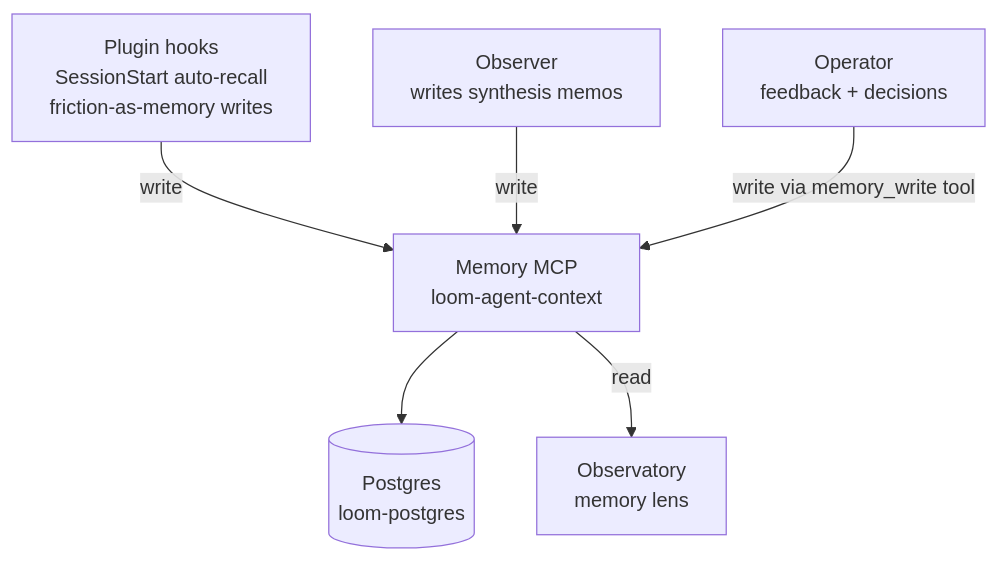
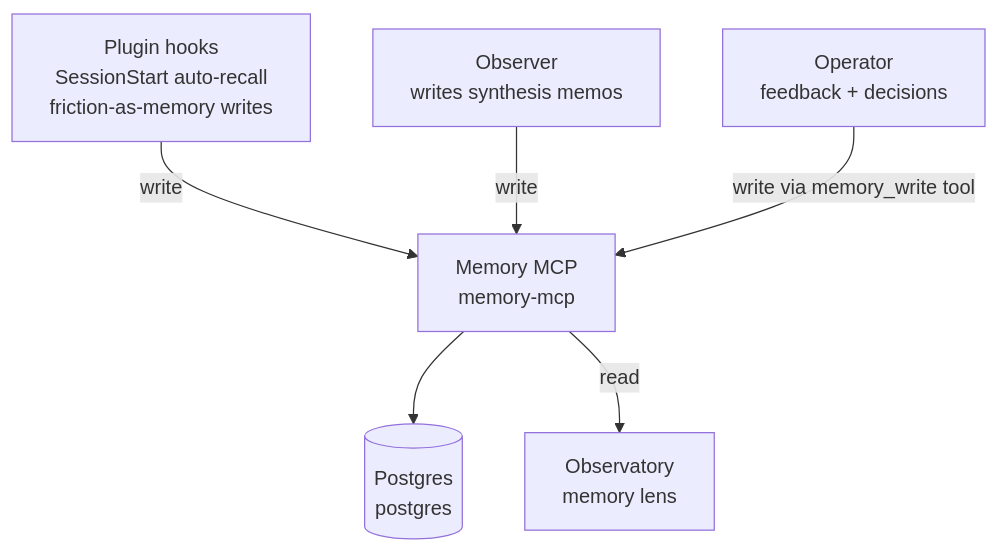
One commit to Lizo-RoadTown/tapestry changed the diagram in apps/docs-site/src/content/docs/systems/memory.md. Above: the diagram before and after it, drawn with Mermaid. The commit also changed other lines of this file and 15 other files, not shown here.

````diff
--- a/apps/docs-site/src/content/docs/systems/memory.md
+++ b/apps/docs-site/src/content/docs/systems/memory.md
@@ -35,14 +35,14 @@
 ```mermaid
 flowchart TB
     P[Plugin hooks<br/>SessionStart auto-recall<br/>friction-as-memory writes]
     O[Observer<br/>writes synthesis memos]
     OP[Operator<br/>feedback + decisions]
-    M[Memory MCP<br/>loom-agent-context]
-    PG[(Postgres<br/>loom-postgres)]
+    M[Memory MCP<br/>memory-mcp]
+    PG[(Postgres<br/>postgres)]
     OBSY[Observatory<br/>memory lens]
     P -->|write| M
     O -->|write| M
     OP -->|write via memory_write tool| M
     M --> PG
     M -->|read| OBSY
 ```
````
